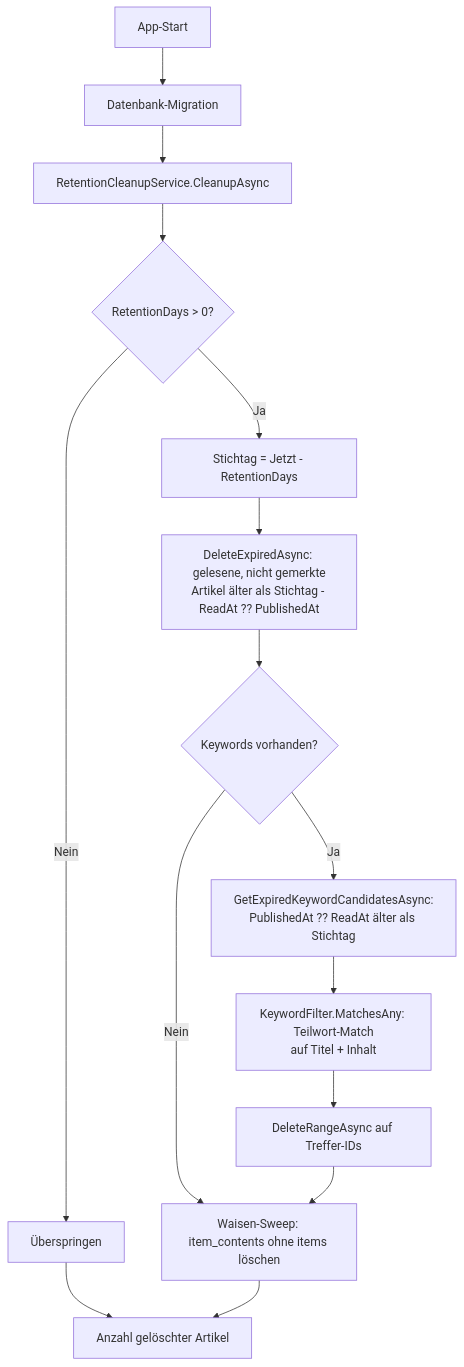
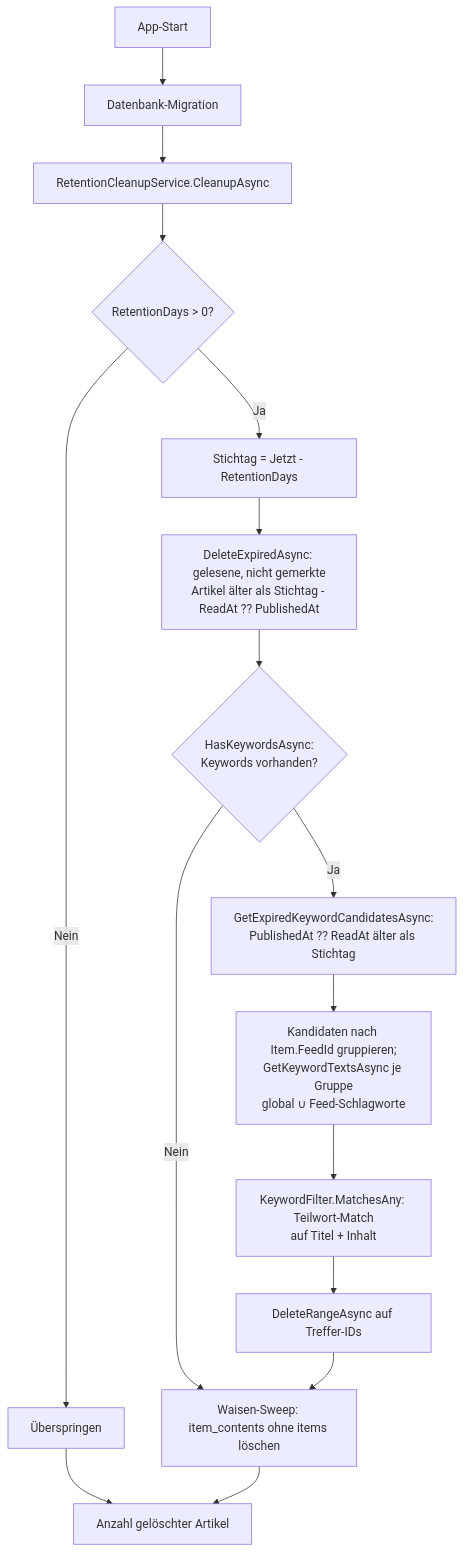
Before and after one commit to martin-stromberg/Reporter: the diagram in docs/help/anwendung/aufbewahrung.md, drawn with Mermaid. The commit also changed other lines of this file and 71 other files, not shown here.

Commit message:
feat: Stichwort-Filter pro Feed (Issue #116)

````diff
--- a/docs/help/anwendung/aufbewahrung.md
+++ b/docs/help/anwendung/aufbewahrung.md
@@ -56,17 +57,18 @@
 ```mermaid
 flowchart TD
     A[App-Start] --> B[Datenbank-Migration]
     B --> C[RetentionCleanupService.CleanupAsync]
     C --> D{RetentionDays > 0?}
     D -- Nein --> E[Überspringen]
     D -- Ja --> F[Stichtag = Jetzt - RetentionDays]
     F --> G[DeleteExpiredAsync: gelesene, nicht gemerkte<br/>Artikel älter als Stichtag - ReadAt ?? PublishedAt]
-    G --> K{Keywords vorhanden?}
+    G --> K{HasKeywordsAsync:<br/>Keywords vorhanden?}
     K -- Nein --> O[Waisen-Sweep: item_contents ohne items löschen]
     K -- Ja --> L[GetExpiredKeywordCandidatesAsync:<br/>PublishedAt ?? ReadAt älter als Stichtag]
-    L --> M[KeywordFilter.MatchesAny: Teilwort-Match<br/>auf Titel + Inhalt]
+    L --> P[Kandidaten nach Item.FeedId gruppieren;<br/>GetKeywordTextsAsync je Gruppe<br/>global ∪ Feed-Schlagworte]
+    P --> M[KeywordFilter.MatchesAny: Teilwort-Match<br/>auf Titel + Inhalt]
     M --> N[DeleteRangeAsync auf Treffer-IDs]
     N --> O
     E --> H[Anzahl gelöschter Artikel]
     O --> H
 ```
````
